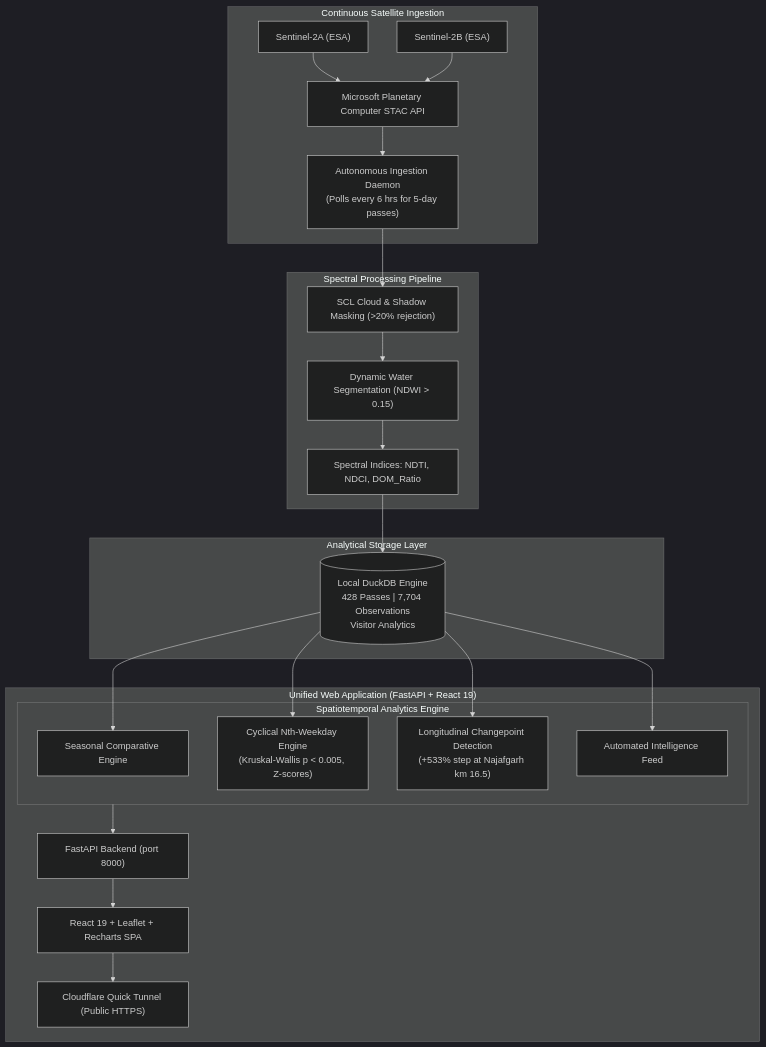
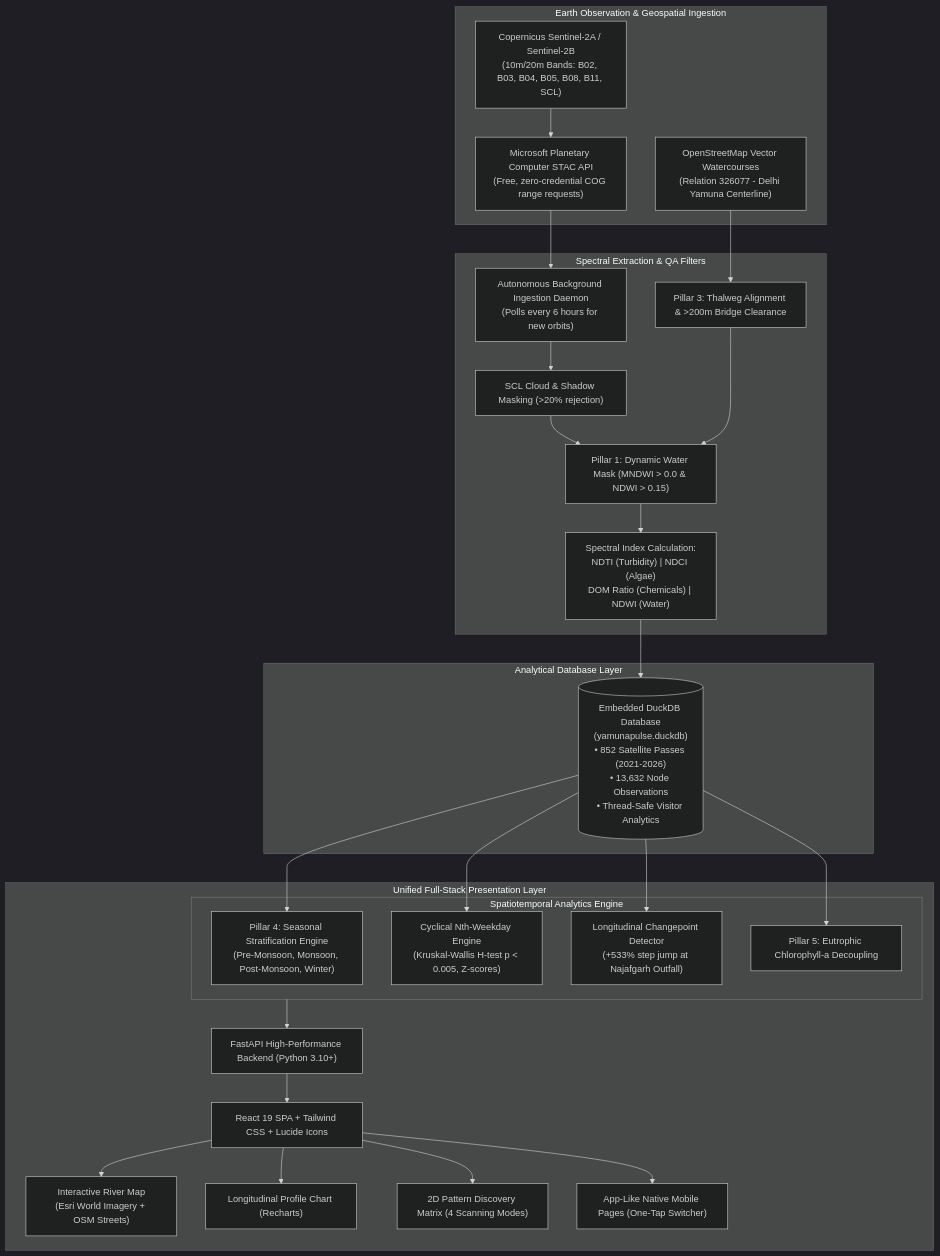
Before and after one commit to parvasheth/YamunaPulse: the second of 2 diagrams in README.md, drawn with Mermaid (dark theme). The commit also changed other lines of this file, not shown here.

Commit message:
docs: comprehensive README overhaul with methodology, 5 QA pillars, dual-corridor tables, technical glossary, and architecture

````diff
--- a/README.md
+++ b/README.md
@@ -106,44 +198,57 @@
 ```mermaid
 flowchart TD
-    subgraph Ingestion ["Continuous Satellite Ingestion"]
-        S2A["Sentinel-2A (ESA)"]
-        S2B["Sentinel-2B (ESA)"]
-        PC["Microsoft Planetary Computer STAC API"]
-        Sched["Autonomous Ingestion Daemon\n(Polls every 6 hrs for 5-day passes)"]
-        S2A --> PC
-        S2B --> PC
-        PC --> Sched
+    subgraph DataSources ["Earth Observation & Geospatial Ingestion"]
+        S2["Copernicus Sentinel-2A / Sentinel-2B\n(10m/20m Bands: B02, B03, B04, B05, B08, B11, SCL)"]
+        PC["Microsoft Planetary Computer STAC API\n(Free, zero-credential COG range requests)"]
+        OSM["OpenStreetMap Vector Watercourses\n(Relation 326077 - Delhi Yamuna Centerline)"]
+        S2 --> PC
     end
 
-    subgraph Spectral ["Spectral Processing Pipeline"]
+    subgraph IngestPipeline ["Spectral Extraction & QA Filters"]
+        Daemon["Autonomous Background Ingestion Daemon\n(Polls every 6 hours for new orbits)"]
         SCL["SCL Cloud & Shadow Masking (>20% rejection)"]
-        NDWI["Dynamic Water Segmentation (NDWI > 0.15)"]
-        Indices["Spectral Indices: NDTI, NDCI, DOM_Ratio"]
-        Sched --> SCL --> NDWI --> Indices
+        WaterMask["Pillar 1: Dynamic Water Mask (MNDWI > 0.0 & NDWI > 0.15)"]
+        Geometry["Pillar 3: Thalweg Alignment & >200m Bridge Clearance"]
+        Indices["Spectral Index Calculation:\nNDTI (Turbidity) | NDCI (Algae)\nDOM Ratio (Chemicals) | NDWI (Water)"]
+        
+        PC --> Daemon
+        Daemon --> SCL
+        SCL --> WaterMask
+        OSM --> Geometry
+        Geometry --> WaterMask
+        WaterMask --> Indices
     end
 
-    subgraph Storage ["Analytical Storage Layer"]
-        DuckDB[("Local DuckDB Engine\n428 Passes | 7,704 Observations\nVisitor Analytics")]
+    subgraph AnalyticalStore ["Analytical Database Layer"]
+        DuckDB[("Embedded DuckDB Database\n(yamunapulse.duckdb)\n• 852 Satellite Passes (2021-2026)\n• 13,632 Node Observations\n• Thread-Safe Visitor Analytics")]
         Indices --> DuckDB
     end
 
-    subgraph Analytics ["Spatiotemporal Analytics Engine"]
-        Seasonal["Seasonal Comparative Engine"]
-        Cyclical["Cyclical Nth-Weekday Engine\n(Kruskal-Wallis p < 0.005, Z-scores)"]
-        Breakpoint["Longitudinal Changepoint Detection\n(+533% step at Najafgarh km 16.5)"]
-        Insights["Automated Intelligence Feed"]
+    subgraph AnalyticsEngine ["Spatiotemporal Analytics Engine"]
+        Seasonal["Pillar 4: Seasonal Stratification Engine\n(Pre-Monsoon, Monsoon, Post-Monsoon, Winter)"]
+        Cyclical["Cyclical Nth-Weekday Engine\n(Kruskal-Wallis H-test p < 0.005, Z-scores)"]
+        Breakpoint["Longitudinal Changepoint Detector\n(+533% step jump at Najafgarh Outfall)"]
+        AlgaeCheck["Pillar 5: Eutrophic Chlorophyll-a Decoupling"]
+        
         DuckDB --> Seasonal
         DuckDB --> Cyclical
         DuckDB --> Breakpoint
-        DuckDB --> Insights
+        DuckDB --> AlgaeCheck
     end
 
-    subgraph Portal ["Unified Web Application (FastAPI + React 19)"]
-        API["FastAPI Backend (port 8000)"]
-        ReactApp["React 19 + Leaflet + Recharts SPA"]
-        Tunnel["Cloudflare Quick Tunnel (Public HTTPS)"]
-        Analytics --> API
-        API --> ReactApp
-        ReactApp --> Tunnel
+    subgraph ApplicationLayer ["Unified Full-Stack Presentation Layer"]
+        FastAPI["FastAPI High-Performance Backend (Python 3.10+)"]
+        ReactUI["React 19 SPA + Tailwind CSS + Lucide Icons"]
+        LeafletMap["Interactive River Map\n(Esri World Imagery + OSM Streets)"]
+        ProfileChart["Longitudinal Profile Chart (Recharts)"]
+        MatrixView["2D Pattern Discovery Matrix (4 Scanning Modes)"]
+        MobileView["App-Like Native Mobile Pages (One-Tap Switcher)"]
+        
+        AnalyticsEngine --> FastAPI
+        FastAPI --> ReactUI
+        ReactUI --> LeafletMap
+        ReactUI --> ProfileChart
+        ReactUI --> MatrixView
+        ReactUI --> MobileView
     end
 ```
````
